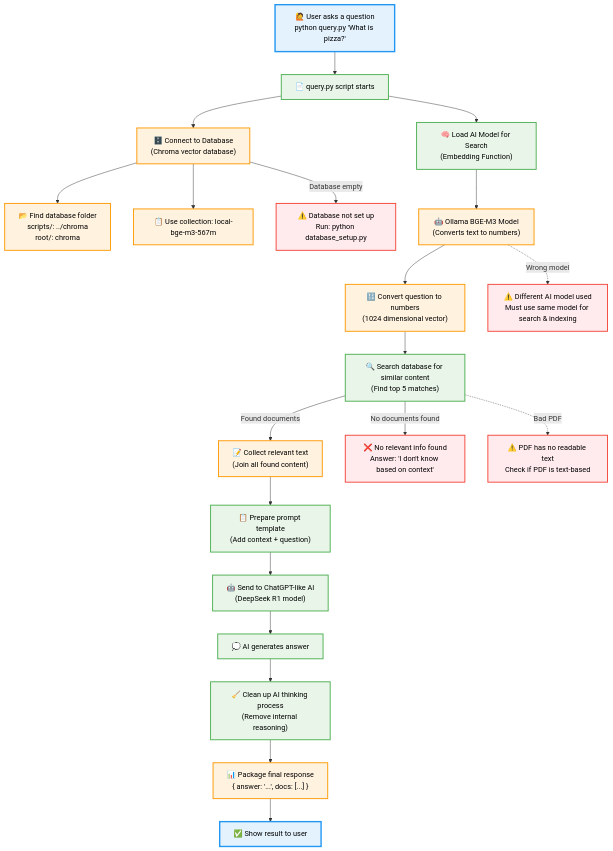
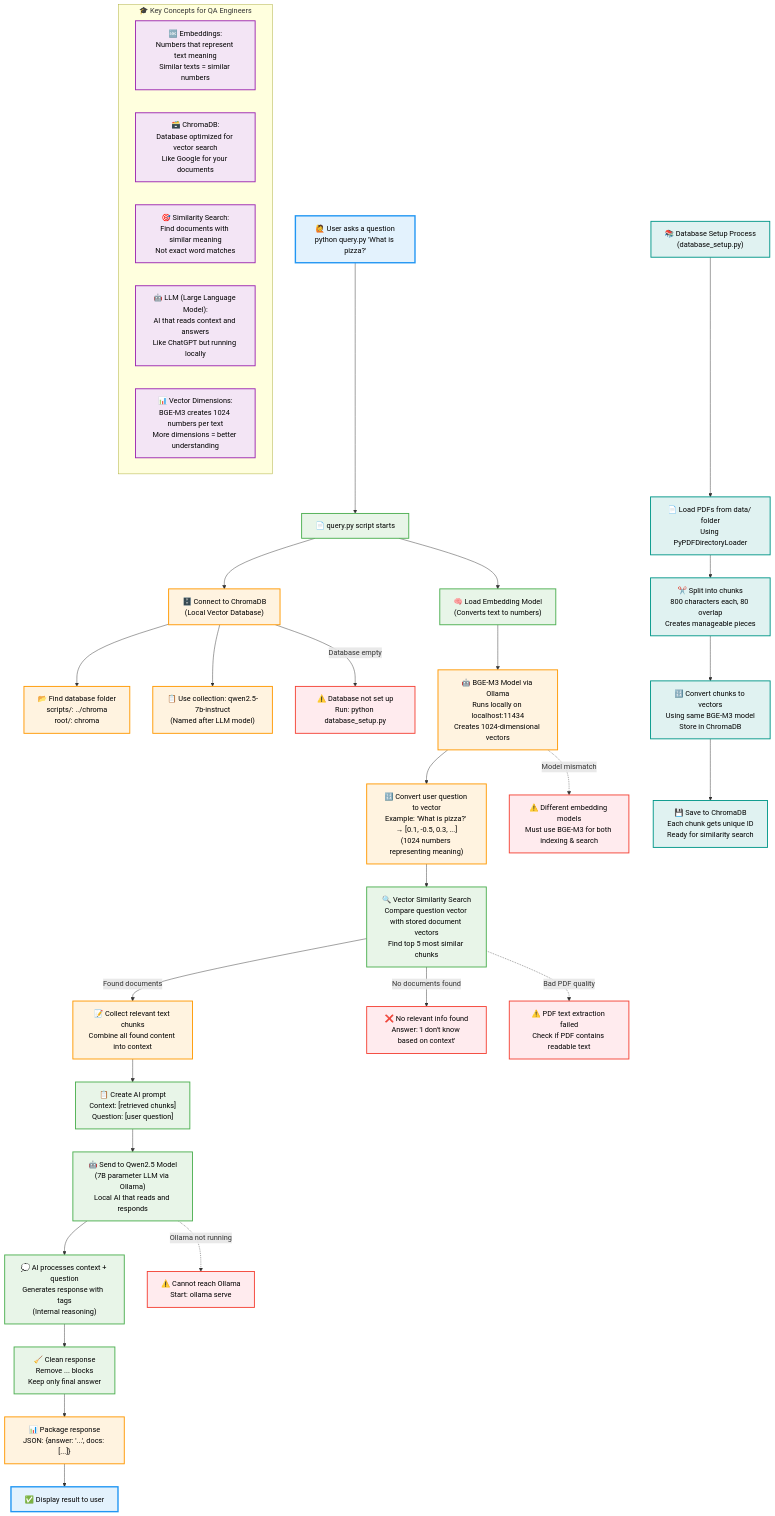
One commit to JoanEsquivel/local-rag changed the first of 2 diagrams in readme.md. Above: the diagram before and after it, drawn with Mermaid. The commit also changed other lines of this file, not shown here.

Commit message:
feat: diagram arch update

````diff
--- a/readme.md
+++ b/readme.md
@@ -139,40 +141,65 @@
 ```mermaid
 graph TD
     A["🙋 User asks a question<br/>python query.py 'What is pizza?'"] --> B["📄 query.py script starts"]
     
-    B --> C["🗄️ Connect to Database<br/>(Chroma vector database)"]
+    B --> C["🗄️ Connect to ChromaDB<br/>(Local Vector Database)"]
     C --> C1["📂 Find database folder<br/>scripts/: ../chroma<br/>root/: chroma"]
-    C --> C2["📋 Use collection: local-bge-m3-567m"]
+    C --> C2["📋 Use collection: qwen2.5-7b-instruct<br/>(Named after LLM model)"]
     
-    B --> D["🧠 Load AI Model for Search<br/>(Embedding Function)"]
-    D --> D1["🤖 Ollama BGE-M3 Model<br/>(Converts text to numbers)"]
+    B --> D["🧠 Load Embedding Model<br/>(Converts text to numbers)"]
+    D --> D1["🤖 BGE-M3 Model via Ollama<br/>Runs locally on localhost:11434<br/>Creates 1024-dimensional vectors"]
     
-    D1 --> E["🔢 Convert question to numbers<br/>(1024 dimensional vector)"]
-    E --> F["🔍 Search database for similar content<br/>(Find top 5 matches)"]
+    D1 --> E["🔢 Convert user question to vector<br/>Example: 'What is pizza?' → [0.1, -0.5, 0.3, ...]<br/>(1024 numbers representing meaning)"]
     
-    F -->|Found documents| G["📝 Collect relevant text<br/>(Join all found content)"]
+    E --> F["🔍 Vector Similarity Search<br/>Compare question vector with stored document vectors<br/>Find top 5 most similar chunks"]
+    
+    F -->|Found documents| G["📝 Collect relevant text chunks<br/>Combine all found content into context"]
     F -->|No documents found| Z1["❌ No relevant info found<br/>Answer: 'I don't know based on context'"]
     
-    G --> H["📋 Prepare prompt template<br/>(Add context + question)"]
-    H --> I["🤖 Send to ChatGPT-like AI<br/>(DeepSeek R1 model)"]
-    I --> J["💭 AI generates answer"]
-    J --> K["🧹 Clean up AI thinking process<br/>(Remove internal reasoning)"]
-    K --> L["📊 Package final response<br/>{ answer: '...', docs: [...] }"]
-    L --> M["✅ Show result to user"]
+    G --> H["📋 Create AI prompt<br/>Context: [retrieved chunks]<br/>Question: [user question]"]
+    
+    H --> I["🤖 Send to Qwen2.5 Model<br/>(7B parameter LLM via Ollama)<br/>Local AI that reads and responds"]
+    
+    I --> J["💭 AI processes context + question<br/>Generates response with <think> tags<br/>(Internal reasoning)"]
+    
+    J --> K["🧹 Clean response<br/>Remove <think>...</think> blocks<br/>Keep only final answer"]
+    
+    K --> L["📊 Package response<br/>JSON: {answer: '...', docs: [...]}"]
+    L --> M["✅ Display result to user"]
 
-    %% Common Problems
+    %% Database Setup Process (Background)
+    N["📚 Database Setup Process<br/>(database_setup.py)"] --> N1["📄 Load PDFs from data/ folder<br/>Using PyPDFDirectoryLoader"]
+    N1 --> N2["✂️ Split into chunks<br/>800 characters each, 80 overlap<br/>Creates manageable pieces"]
+    N2 --> N3["🔢 Convert chunks to vectors<br/>Using same BGE-M3 model<br/>Store in ChromaDB"]
+    N3 --> N4["💾 Save to ChromaDB<br/>Each chunk gets unique ID<br/>Ready for similarity search"]
+
+    %% Key Concepts for QA Engineers
+    subgraph concepts["🎓 Key Concepts for QA Engineers"]
+        K1["🔤 Embeddings:<br/>Numbers that represent text meaning<br/>Similar texts = similar numbers"]
+        K2["🗃️ ChromaDB:<br/>Database optimized for vector search<br/>Like Google for your documents"]
+        K3["🎯 Similarity Search:<br/>Find documents with similar meaning<br/>Not exact word matches"]
+        K4["🤖 LLM (Large Language Model):<br/>AI that reads context and answers<br/>Like ChatGPT but running locally"]
+        K5["📊 Vector Dimensions:<br/>BGE-M3 creates 1024 numbers per text<br/>More dimensions = better understanding"]
+    end
+
+    %% Common Issues
     C -->|Database empty| Z2["⚠️ Database not set up<br/>Run: python database_setup.py"]
-    D1 -.->|Wrong model| Z3["⚠️ Different AI model used<br/>Must use same model for search & indexing"]
-    F -.->|Bad PDF| Z4["⚠️ PDF has no readable text<br/>Check if PDF is text-based"]
+    D1 -.->|Model mismatch| Z3["⚠️ Different embedding models<br/>Must use BGE-M3 for both indexing & search"]
+    F -.->|Bad PDF quality| Z4["⚠️ PDF text extraction failed<br/>Check if PDF contains readable text"]
+    I -.->|Ollama not running| Z5["⚠️ Cannot reach Ollama<br/>Start: ollama serve"]
 
     %% Styling
     classDef errorNode fill:#ffebee,stroke:#f44336,stroke-width:2px,color:#000
     classDef processNode fill:#e8f5e8,stroke:#4caf50,stroke-width:2px,color:#000
     classDef dataNode fill:#fff3e0,stroke:#ff9800,stroke-width:2px,color:#000
     classDef userNode fill:#e3f2fd,stroke:#2196f3,stroke-width:3px,color:#000
+    classDef conceptNode fill:#f3e5f5,stroke:#9c27b0,stroke-width:2px,color:#000
+    classDef setupNode fill:#e0f2f1,stroke:#009688,stroke-width:2px,color:#000
     
-    class Z1,Z2,Z3,Z4 errorNode
+    class Z1,Z2,Z3,Z4,Z5 errorNode
     class B,D,F,H,I,J,K processNode
     class C,C1,C2,D1,E,G,L,M dataNode
     class A,M userNode
+    class K1,K2,K3,K4,K5 conceptNode
+    class N,N1,N2,N3,N4 setupNode
 ```
````
